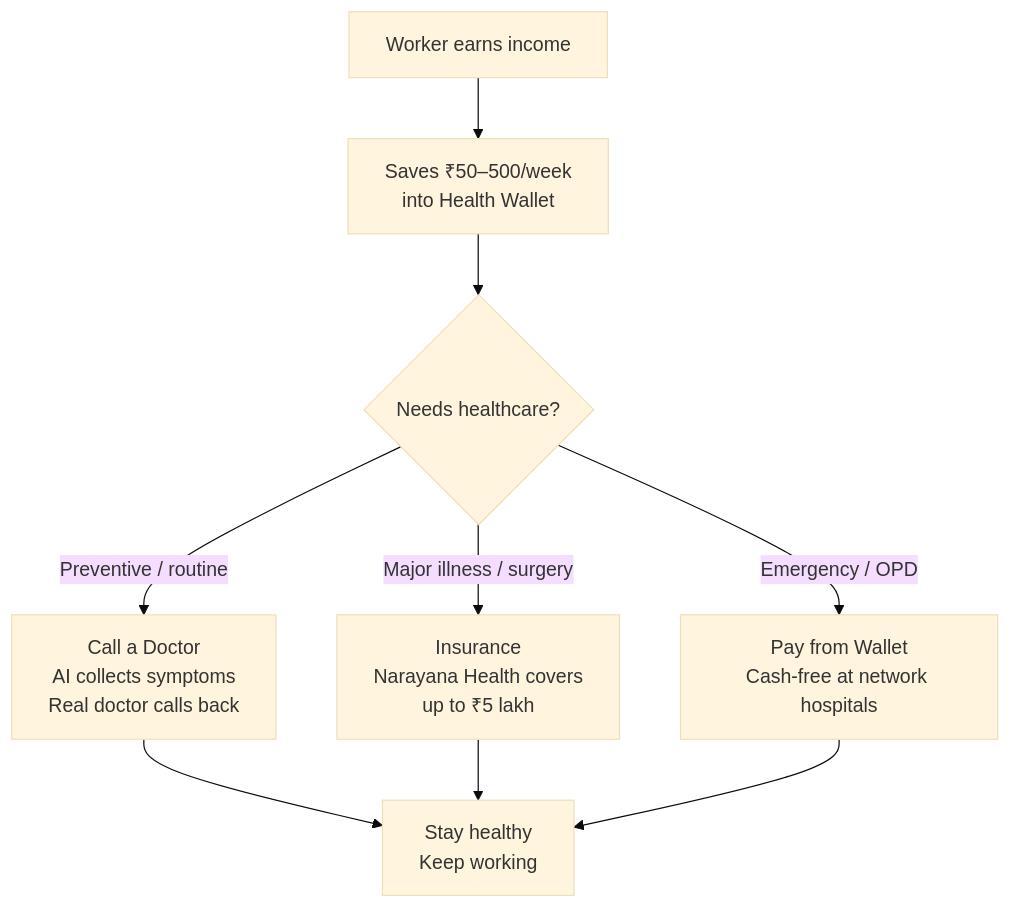
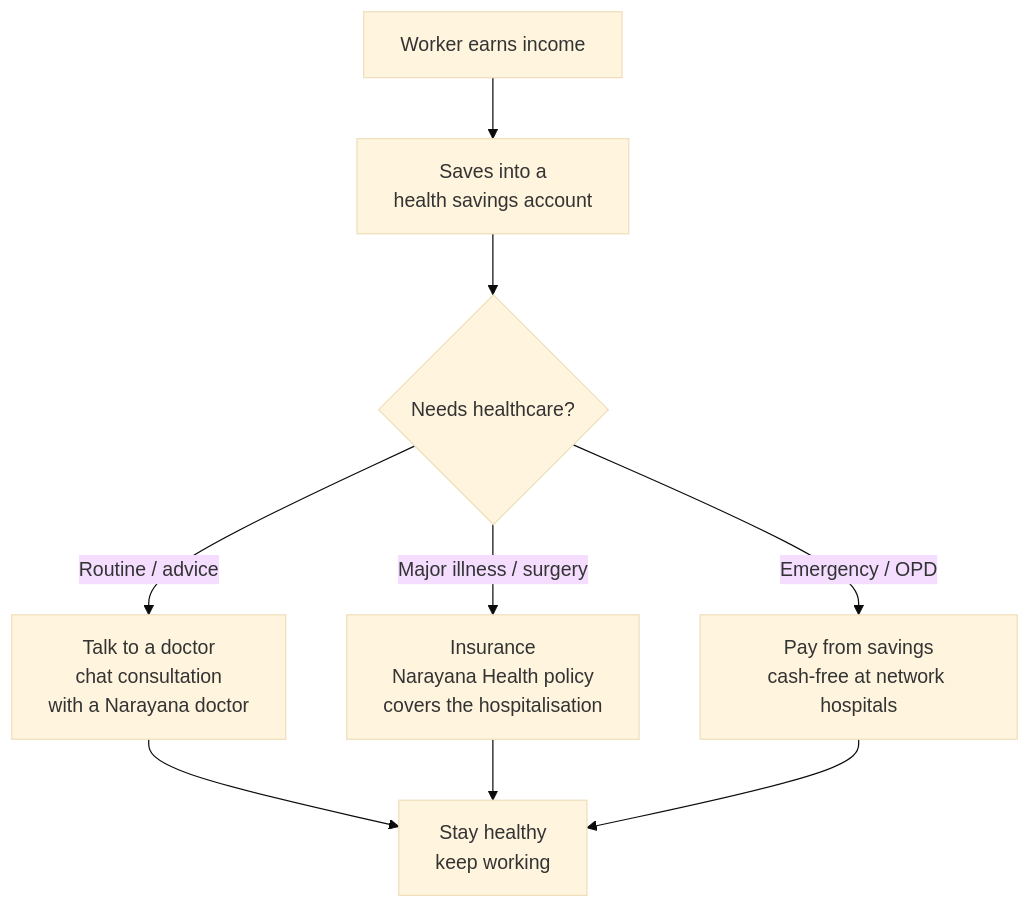
Before and after one commit to anu19981/aarokya-backend: the diagram in api-reference/overview.mdx, drawn with Mermaid (base theme). The commit also changed other lines of this file and 82 other files, not shown here.

````diff
--- a/api-reference/overview.mdx
+++ b/api-reference/overview.mdx
@@ -53,12 +53,11 @@
 ```mermaid
 flowchart TD
-    A["Worker earns income"] --> B["Saves ₹50–500/week\ninto Health Wallet"]
+    A["Worker earns income"] --> B["Saves into a<br/>health savings account"]
     B --> C{Needs healthcare?}
-    C -->|"Preventive / routine"| D["Call a Doctor\nAI collects symptoms\nReal doctor calls back"]
-    C -->|"Major illness / surgery"| E["Insurance\nNarayana Health covers\nup to ₹5 lakh"]
-    C -->|"Emergency / OPD"| F["Pay from Wallet\nCash-free at network hospitals"]
-    D --> G["Stay healthy\nKeep working"]
+    C -->|"Routine / advice"| D["Talk to a doctor<br/>chat consultation<br/>with a Narayana doctor"]
+    C -->|"Major illness / surgery"| E["Insurance<br/>Narayana Health policy<br/>covers the hospitalisation"]
+    C -->|"Emergency / OPD"| F["Pay from savings<br/>cash-free at network hospitals"]
+    D --> G["Stay healthy<br/>keep working"]
     E --> G
     F --> G
-
 ```
````
